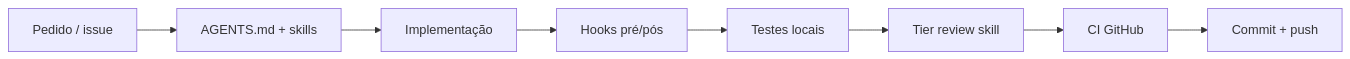
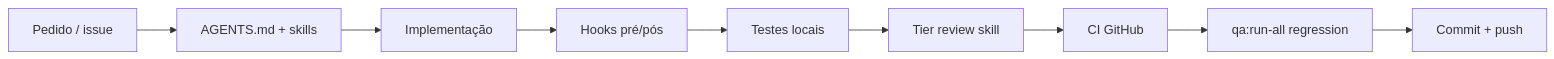
Before and after one commit to RafaDru/aiyra-care: the second of 2 diagrams in docs/DELIVERY_PIPELINE.md, drawn with Mermaid. The commit also changed other lines of this file and 44 other files, not shown here.

````diff
--- a/docs/DELIVERY_PIPELINE.md
+++ b/docs/DELIVERY_PIPELINE.md
@@ -34,10 +35,11 @@
 ```mermaid
 flowchart LR
   A[Pedido / issue] --> B[AGENTS.md + skills]
   B --> C[Implementação]
   C --> D[Hooks pré/pós]
   D --> E[Testes locais]
   E --> F[Tier review skill]
   F --> G[CI GitHub]
-  G --> H[Commit + push]
+  G --> H[qa:run-all regression]
+  H --> I[Commit + push]
 ```
````
